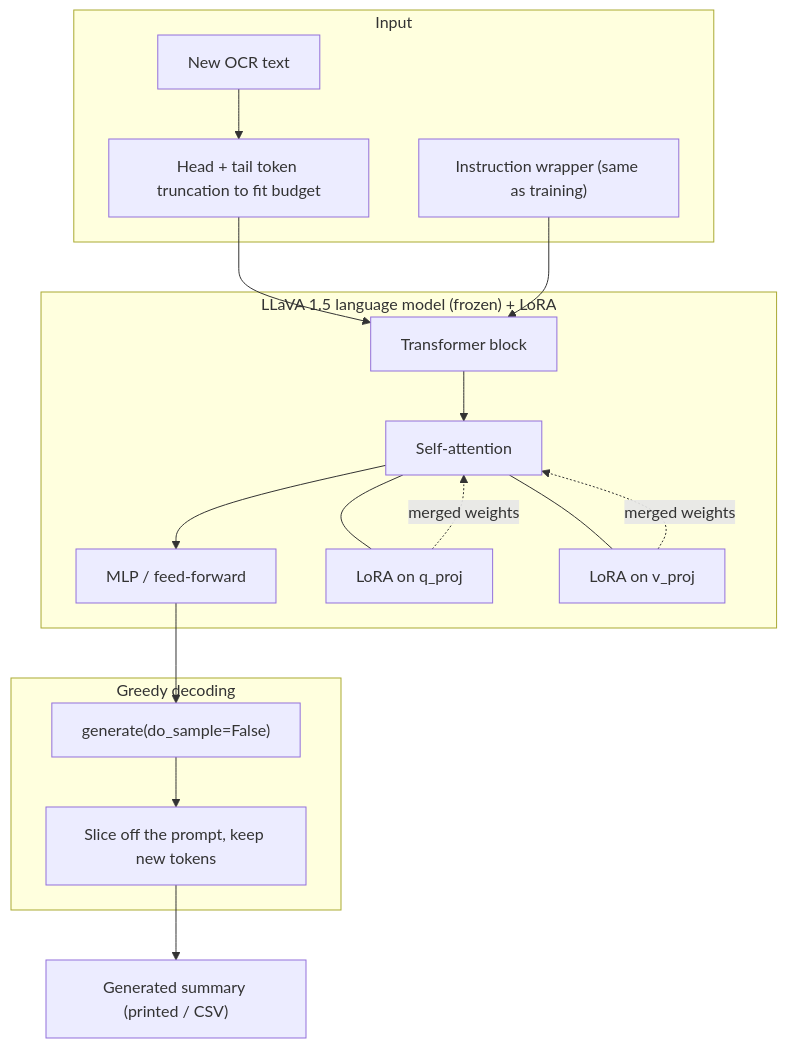
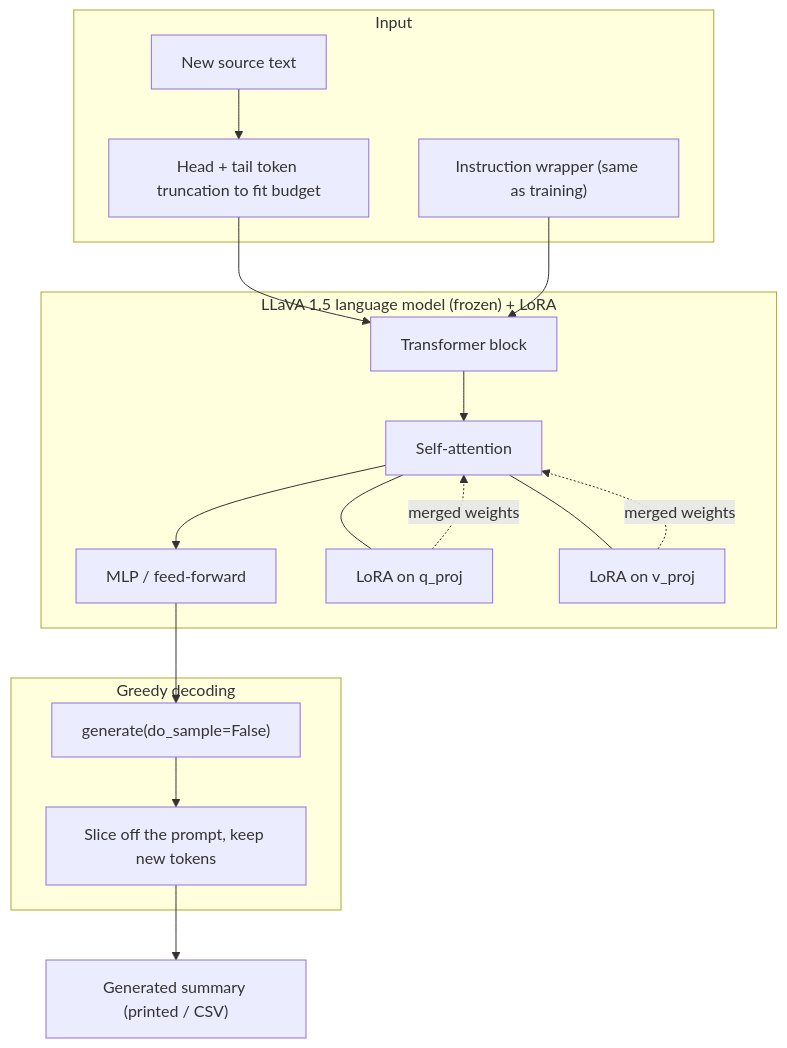
The second of 2 diagrams in fine-tuning/llava15-lora/README.md (vecnode/training), drawn with Mermaid before and after one commit. The commit also changed other lines of this file and 8 other files, not shown here.

First line of the commit message:
Rename OCR-specific naming to generic source-text naming in llava15-lora

````diff
--- a/fine-tuning/llava15-lora/README.md
+++ b/fine-tuning/llava15-lora/README.md
@@ -217,32 +215,32 @@
 ```mermaid
 flowchart TB
 	subgraph Input
-		T1["New OCR text"]
+		T1["New source text"]
 		I1["Instruction wrapper (same as training)"]
 		TR["Head + tail token truncation to fit budget"]
 	end
 
 	subgraph Backbone["LLaVA 1.5 language model (frozen) + LoRA"]
 		B1[Transformer block]
 		A1[Self-attention]
 		F1[MLP / feed-forward]
 		L1[LoRA on q_proj]
 		L2[LoRA on v_proj]
 	end
 
 	subgraph Decode["Greedy decoding"]
 		D1["generate(do_sample=False)"]
 		D2["Slice off the prompt, keep new tokens"]
 	end
 
 	O1["Generated summary (printed / CSV)"]
 
 	T1 --> TR --> B1
 	I1 --> B1
 	B1 --> A1 --> F1 --> D1
 	A1 --- L1
 	A1 --- L2
 	L1 -. merged weights .-> A1
 	L2 -. merged weights .-> A1
 	D1 --> D2 --> O1
 ```
````
